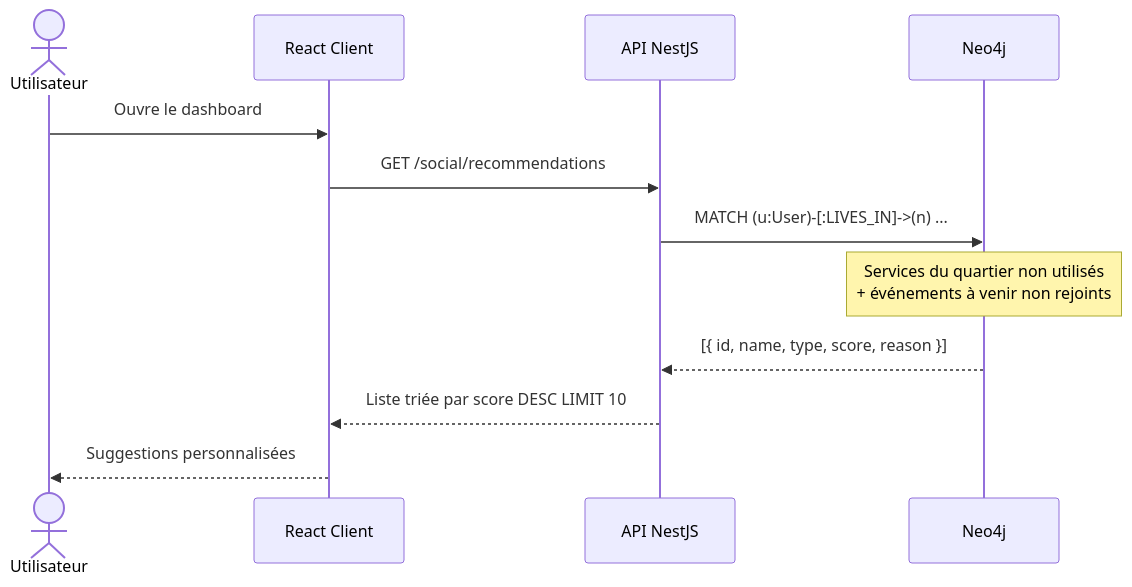
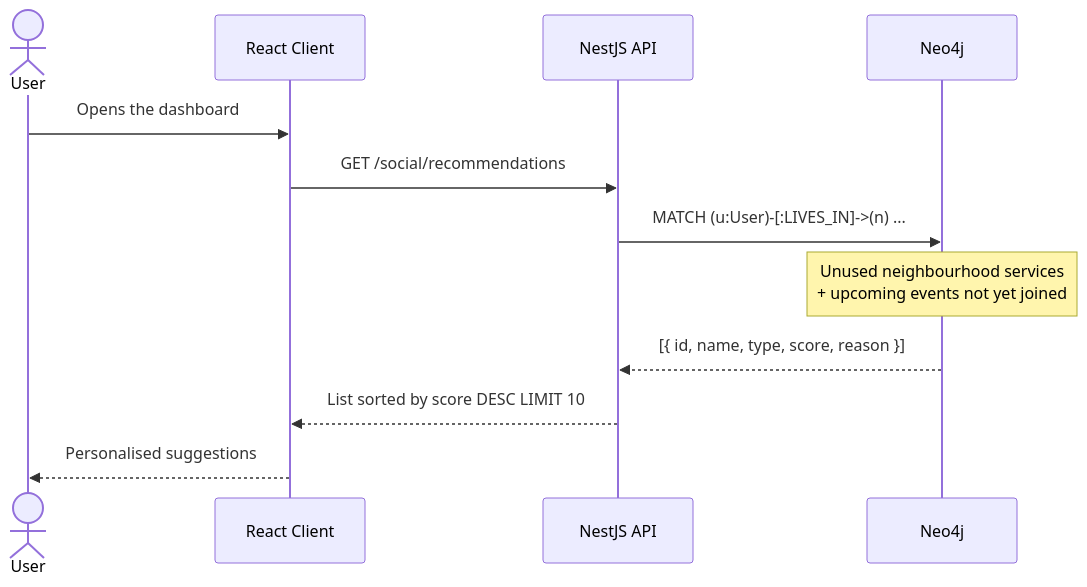
Before and after one commit to creibaud/QuartierConnect: the sixth of 20 diagrams in docs/RAPPORT-ETAPE3.md, drawn with Mermaid. The commit also changed other lines of this file and 155 other files, not shown here.

````diff
--- a/docs/RAPPORT-ETAPE3.md
+++ b/docs/RAPPORT-ETAPE3.md
@@ -224,15 +224,15 @@
 ```mermaid
 sequenceDiagram
-    actor U as Utilisateur
+    actor U as User
     participant C as React Client
-    participant A as API NestJS
+    participant A as NestJS API
     participant N as Neo4j
 
-    U->>C: Ouvre le dashboard
+    U->>C: Opens the dashboard
     C->>A: GET /social/recommendations
     A->>N: MATCH (u:User)-[:LIVES_IN]->(n) ...
-    Note over N: Services du quartier non utilisés<br/>+ événements à venir non rejoints
+    Note over N: Unused neighbourhood services<br/>+ upcoming events not yet joined
     N-->>A: [{ id, name, type, score, reason }]
-    A-->>C: Liste triée par score DESC LIMIT 10
-    C-->>U: Suggestions personnalisées
+    A-->>C: List sorted by score DESC LIMIT 10
+    C-->>U: Personalised suggestions
 ```
````
